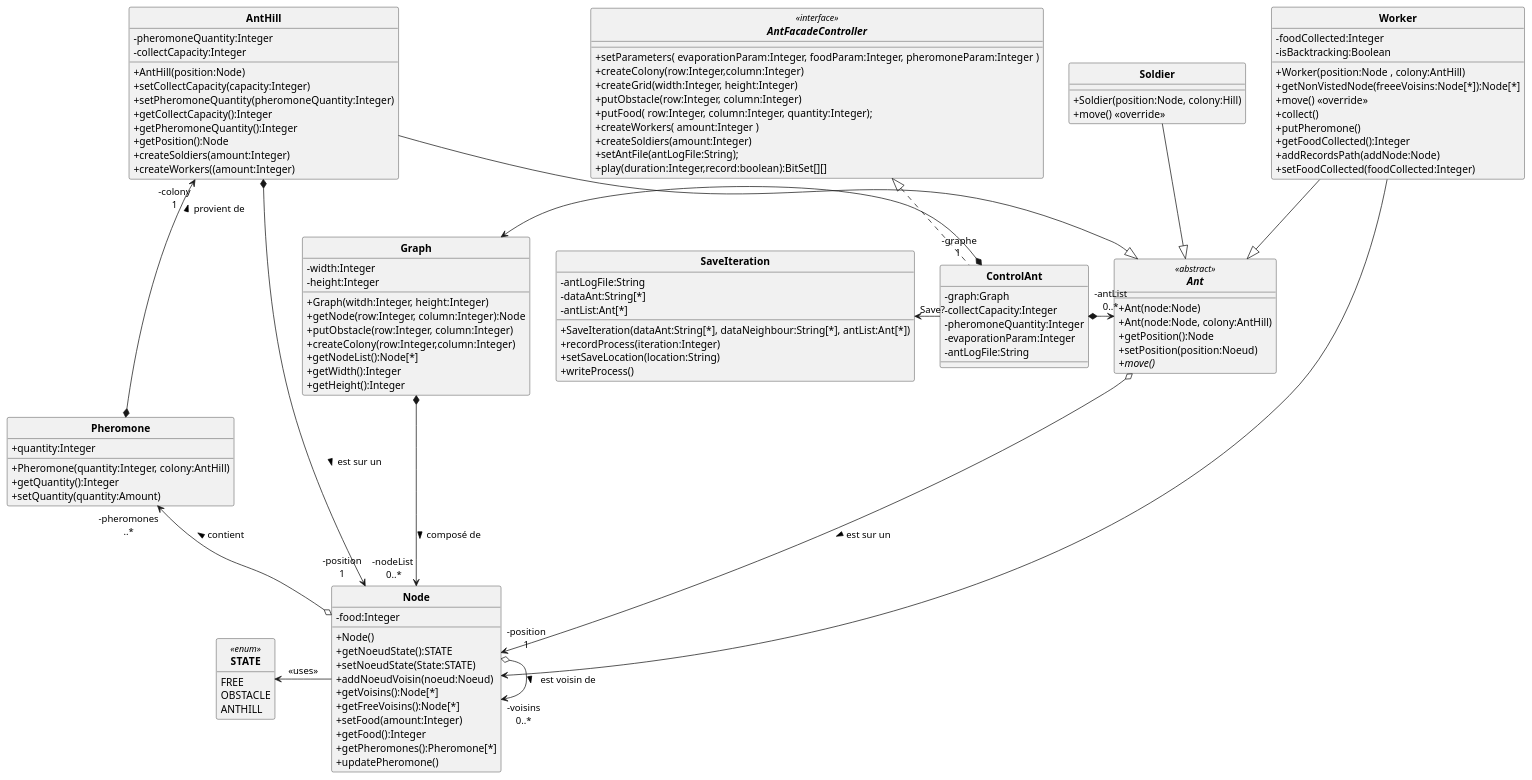
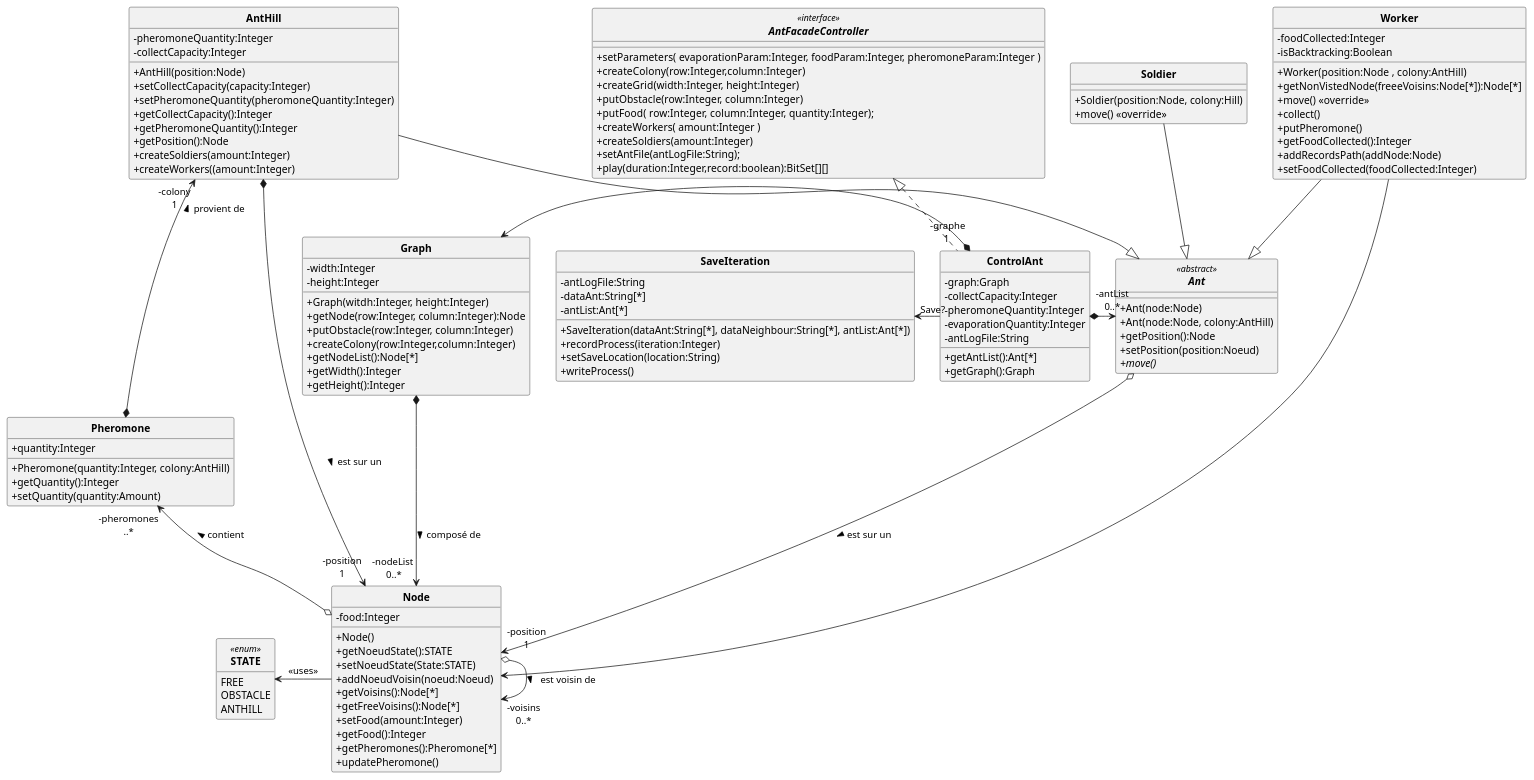
The diagram in src/main/uml/Fourmis_DC.puml (ErenMustafaGit/ColonieFourmis), drawn with PlantUML before and after one commit. The commit also changed 2 other files, not shown here.

Commit message:
Delete de updateAntList dans SaveIteration (inutile)

```diff
--- a/src/main/uml/Fourmis_DC.puml
+++ b/src/main/uml/Fourmis_DC.puml
@@ -1,156 +1,158 @@
 @startuml
 'https://plantuml.com/sequence-diagram
 allow_mixing
 skinparam style strictuml
 skinparam classAttributeIconSize 0
 skinparam circledCharacterRadius 0
 skinparam circledCharacterFontSize 0
 skinparam classFontStyle Bold
 'autonumber
 hide enum methods
 
 'Controleur
 interface AntFacadeController <<interface>> {
     +setParameters( evaporationParam:Integer, foodParam:Integer, pheromoneParam:Integer )
     +createColony(row:Integer,column:Integer)
     +createGrid(width:Integer, height:Integer)
     +putObstacle(row:Integer, column:Integer)
     +putFood( row:Integer, column:Integer, quantity:Integer);
     +createWorkers( amount:Integer )
     +createSoldiers(amount:Integer)
     +setAntFile(antLogFile:String);
     +play(duration:Integer,record:boolean):BitSet[][]
 }
 
 
 class Node{
     -food:Integer
     +Node()
     +getNoeudState():STATE
     +setNoeudState(State:STATE)
     +addNoeudVoisin(noeud:Noeud)
     +getVoisins():Node[*]
     +getFreeVoisins():Node[*]
     +setFood(amount:Integer)
     +getFood():Integer
     +getPheromones():Pheromone[*]
     +updatePheromone()
     '+compareTo(node:Node)<<override>>
 }
 
 
 
 enum STATE <<enum>> {
     FREE
     OBSTACLE
     ANTHILL
 }
 
 'class Food{
 '    -amount:Integer
 '    +Food()
 '}
 class Pheromone{
     +Pheromone(quantity:Integer, colony:AntHill)
     +quantity:Integer
     +getQuantity():Integer
     +setQuantity(quantity:Amount)
 }
 
 
 abstract Ant <<abstract>> {
     +Ant(node:Node)
     +Ant(node:Node, colony:AntHill)
     +getPosition():Node
     +setPosition(position:Noeud)
     {abstract} +move()
 }
 class AntHill{
     -pheromoneQuantity:Integer
     -collectCapacity:Integer
     +AntHill(position:Node)
     +setCollectCapacity(capacity:Integer)
     +setPheromoneQuantity(pheromoneQuantity:Integer)
     +getCollectCapacity():Integer
     +getPheromoneQuantity():Integer
     +getPosition():Node
     +createSoldiers(amount:Integer)
     +createWorkers((amount:Integer)
 }
 class Soldier{
     +Soldier(position:Node, colony:Hill)
     +move() <<override>>
 }
 
 class Worker {
     -foodCollected:Integer
     -isBacktracking:Boolean
     +Worker(position:Node , colony:AntHill)
     +getNonVistedNode(freeeVoisins:Node[*]):Node[*]
     +move() <<override>>
     +collect()
     +putPheromone()
     +getFoodCollected():Integer
     +addRecordsPath(addNode:Node)
     +setFoodCollected(foodCollected:Integer)
 }
 
 
 class ControlAnt implements AntFacadeController{
     -graph:Graph
     -collectCapacity:Integer
     -pheromoneQuantity:Integer
-    -evaporationParam:Integer
+    -evaporationQuantity:Integer
     -antLogFile:String
+    +getAntList():Ant[*]
+    +getGraph():Graph
 }
 
 class SaveIteration {
     -antLogFile:String
     -dataAnt:String[*]
     -antList:Ant[*]
     +SaveIteration(dataAnt:String[*], dataNeighbour:String[*], antList:Ant[*])
     +recordProcess(iteration:Integer)
     +setSaveLocation(location:String)
     +writeProcess()
 }
 
 
 class Graph{
  -width:Integer
  -height:Integer
  +Graph(witdh:Integer, height:Integer)
  +getNode(row:Integer, column:Integer):Node
  +putObstacle(row:Integer, column:Integer)
  +createColony(row:Integer,column:Integer)
  +getNodeList():Node[*]
  +getWidth():Integer
  +getHeight():Integer
 }
 SaveIteration <- "Save?" ControlAnt
 
 Soldier --|> Ant
 Worker --|> Ant
 AntHill --|> Ant
 
 Worker --> Node
 
 ControlAnt "-graphe\n1 " *-l-> Graph
 ControlAnt  *-r-> "-antList\n0..*" Ant
 
 
 Graph *--> "-nodeList \n0..*" Node : composé de >
 
 'historique = liste de noeud déjà passé par la fourmi
 '"-position 1\n-historique 0..*"
 Ant o---> "-position\n1" Node  : est sur un >
 AntHill *--> "-position\n1" Node  : est sur un >
 Node o-> "-voisins\n0..*"  Node  : est voisin de >
 
 Node -l-> STATE : <<uses>>
 
 'Ant *-> "-colony\n1" AntHill : provient de >
 Pheromone *-u-> "-colony\n1" AntHill : provient de >
 Node o-l-> "-pheromones\n..*" Pheromone : contient >
 
 
 @enduml
```
